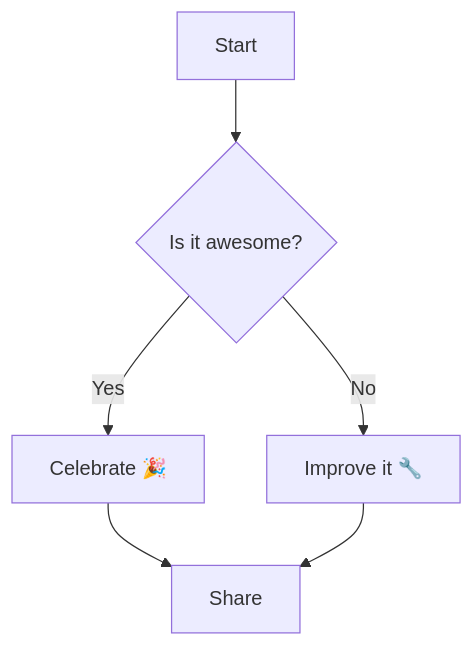
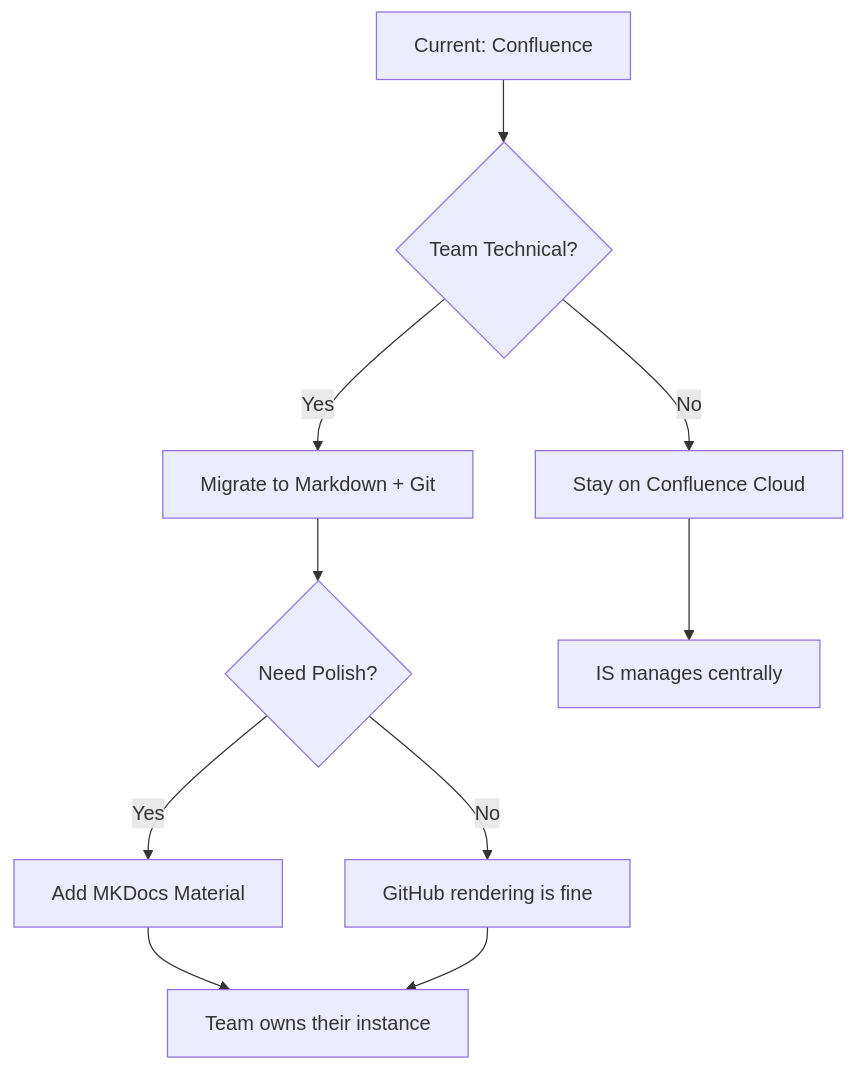
The fifth of 5 diagrams in README.md (magpieE5/demo), drawn with Mermaid before and after one commit. The commit also changed other lines of this file, not shown here.

First line of the commit message:
Revise README to emphasize Markdown and Git usage

````diff
--- a/README.md
+++ b/README.md
@@ -31,8 +198,14 @@
 ```mermaid
 flowchart TD
-  A[Start] --> B{Is it awesome?}
-  B -->|Yes| C[Celebrate 🎉]
-  B -->|No| D[Improve it 🔧]
-  C --> E[Share]
-  D --> E
+    A[Current: Confluence] --> B{Team Technical?}
+    B -->|Yes| C[Migrate to Markdown + Git]
+    B -->|No| D[Stay on Confluence Cloud]
+
+    C --> E{Need Polish?}
+    E -->|Yes| F[Add MKDocs Material]
+    E -->|No| G[GitHub rendering is fine]
+
+    F --> H[Team owns their instance]
+    G --> H
+    D --> I[IS manages centrally]
 ```
````
